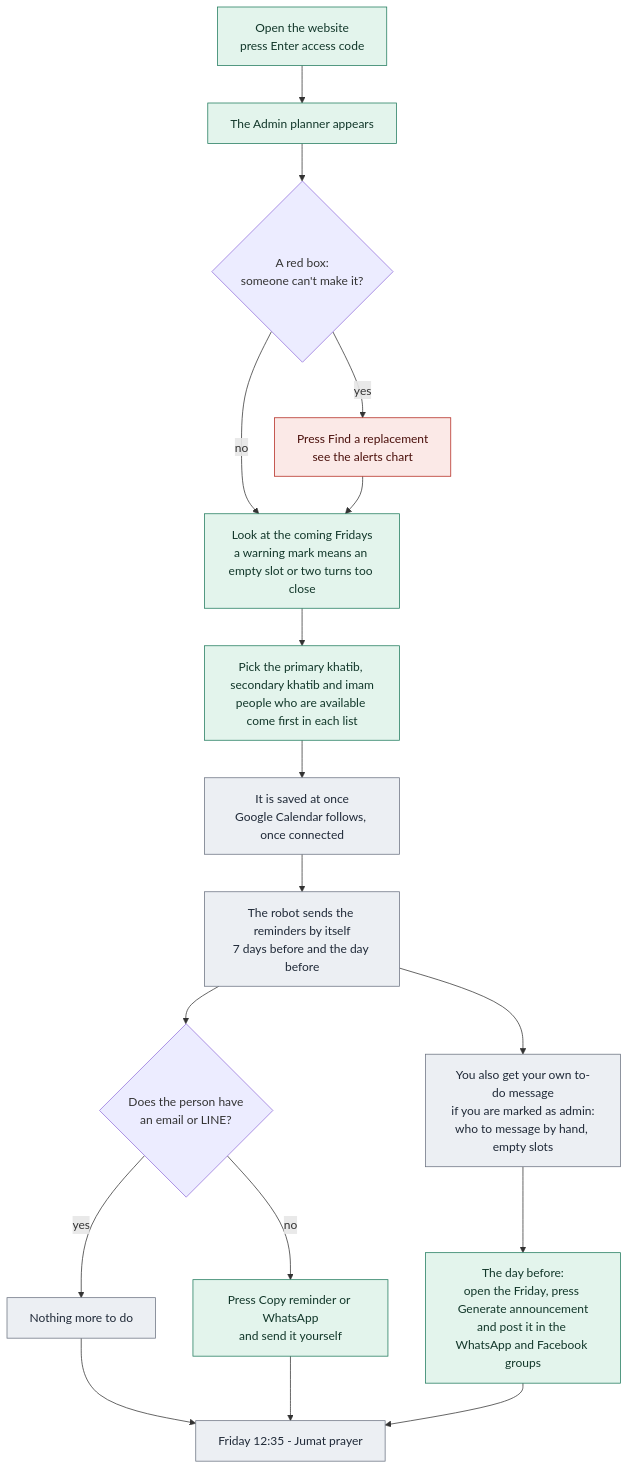
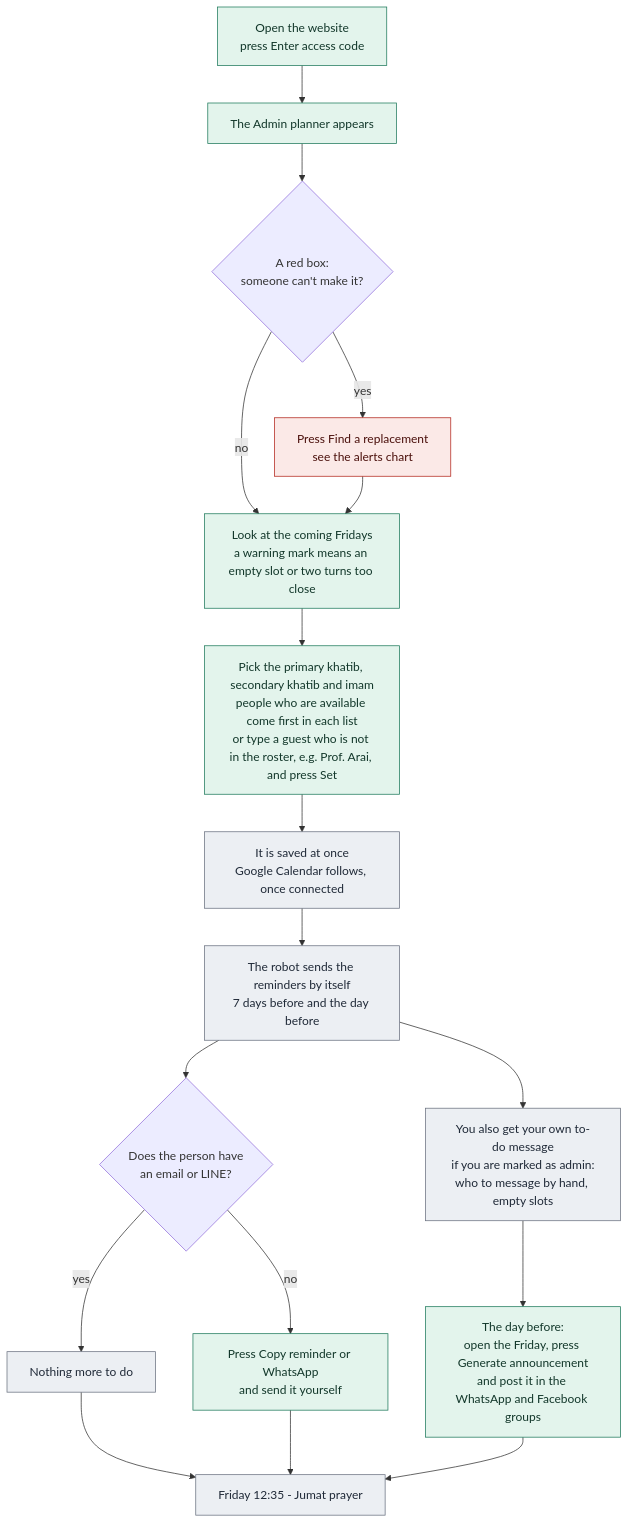
The diagram in public/flows/admin-week.mmd (mushaffarasyidridha/Jumat-Scheduler-NAIST), drawn with Mermaid before and after one commit. The commit also changed 5 other files, not shown here.

First line of the commit message:
Planner: type a guest speaker (e.g. Prof. Arai) into any slot

```diff
--- a/public/flows/admin-week.mmd
+++ b/public/flows/admin-week.mmd
@@ -1,24 +1,24 @@
 flowchart TD
   A["Open the website<br/>press Enter access code"] --> B["The Admin planner appears"]
   B --> C{"A red box:<br/>someone can't make it?"}
   C -->|"yes"| C1["Press Find a replacement<br/>see the alerts chart"]
   C -->|"no"| D
   C1 --> D["Look at the coming Fridays<br/>a warning mark means an empty slot or two turns too close"]
-  D --> E["Pick the primary khatib, secondary khatib and imam<br/>people who are available come first in each list"]
+  D --> E["Pick the primary khatib, secondary khatib and imam<br/>people who are available come first in each list<br/>or type a guest who is not in the roster, e.g. Prof. Arai, and press Set"]
   E --> F["It is saved at once<br/>Google Calendar follows, once connected"]
   F --> G["The robot sends the reminders by itself<br/>7 days before and the day before"]
   G --> H{"Does the person have<br/>an email or LINE?"}
   H -->|"yes"| I["Nothing more to do"]
   H -->|"no"| J["Press Copy reminder or WhatsApp<br/>and send it yourself"]
   G --> K["You also get your own to-do message<br/>if you are marked as admin:<br/>who to message by hand, empty slots"]
   K --> L["The day before:<br/>open the Friday, press Generate announcement<br/>and post it in the WhatsApp and Facebook groups"]
   I --> M["Friday 12:35 - Jumat prayer"]
   J --> M
   L --> M
 
   classDef admin fill:#e3f4ec,stroke:#1f7a5c,color:#12372a
   classDef robot fill:#eceff3,stroke:#6b7280,color:#1f2937
   classDef warn fill:#fbe9e7,stroke:#b3261e,color:#4a0f0b
   class A,B,D,E,J,L admin
   class F,G,I,K,M robot
   class C1 warn
```
